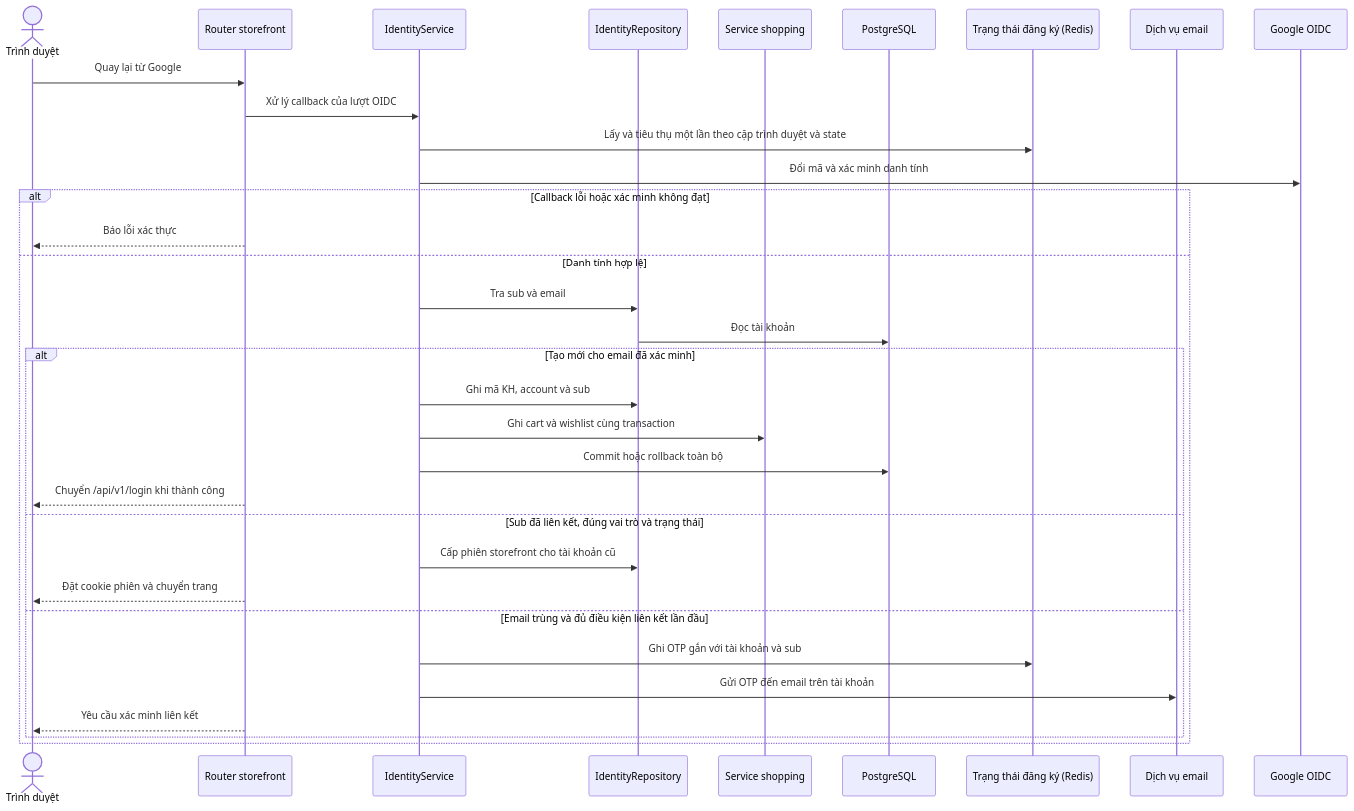
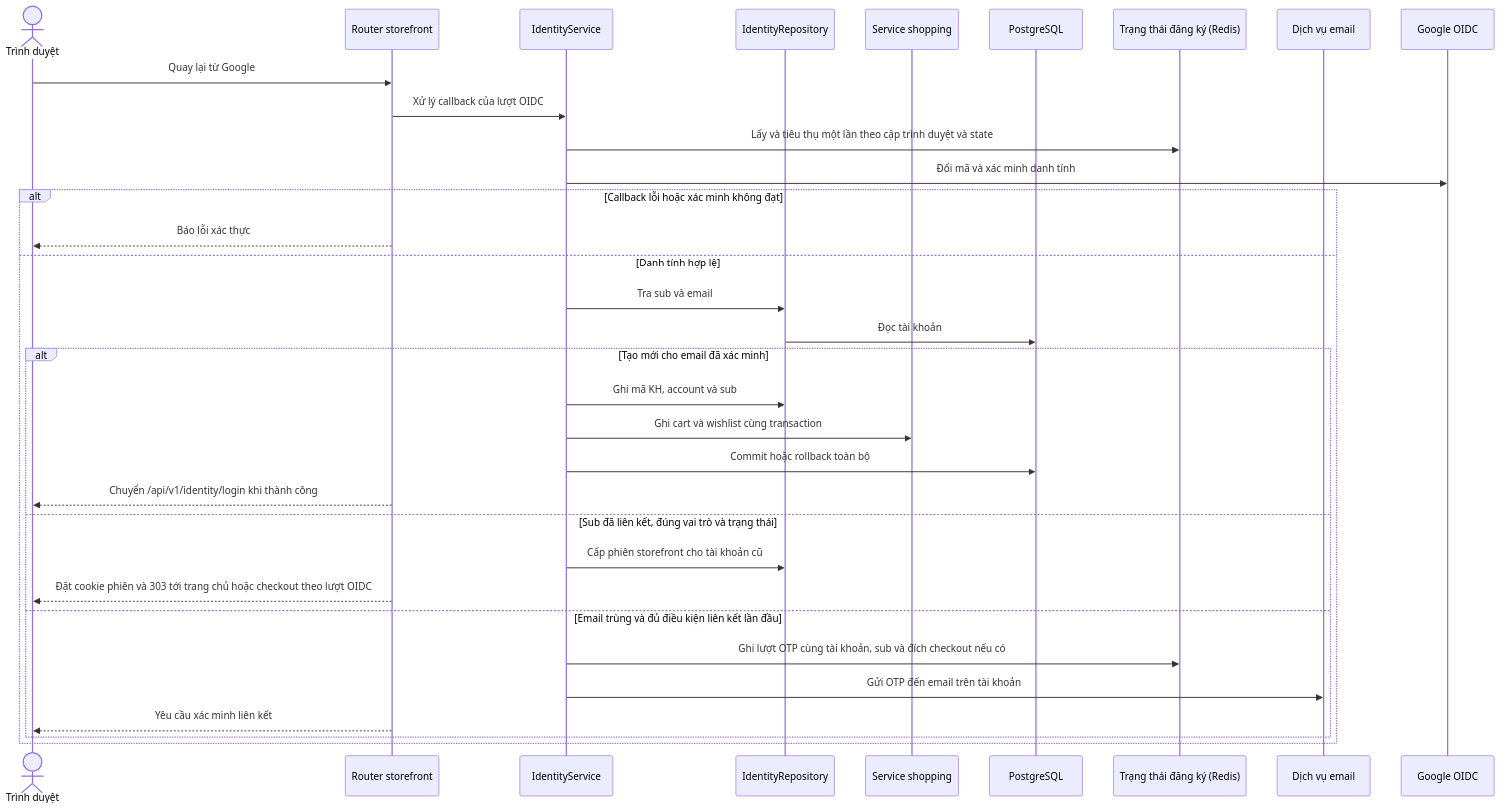
One commit to thanhklt/sobie-swimwear-e-commerce changed the diagram in docs/sequence/identity/get-register-google-callback.md. Above: the diagram before and after it, drawn with Mermaid. The commit also changed other lines of this file and 72 other files, not shown here.

````diff
--- a/docs/sequence/identity/get-register-google-callback.md
+++ b/docs/sequence/identity/get-register-google-callback.md
@@ -5,35 +5,35 @@
 ```mermaid
 sequenceDiagram
     actor Browser as Trình duyệt
     participant Route as Router storefront
     participant Service as IdentityService
     participant Repo as IdentityRepository
     participant Shopping as Service shopping
     participant DB as PostgreSQL
     participant Redis as Trạng thái đăng ký (Redis)
     participant Mail as Dịch vụ email
     participant Google as Google OIDC
     Browser->>Route: Quay lại từ Google
     Route->>Service: Xử lý callback của lượt OIDC
     Service->>Redis: Lấy và tiêu thụ một lần theo cặp trình duyệt và state
     Service->>Google: Đổi mã và xác minh danh tính
     alt Callback lỗi hoặc xác minh không đạt
         Route-->>Browser: Báo lỗi xác thực
     else Danh tính hợp lệ
         Service->>Repo: Tra sub và email
         Repo->>DB: Đọc tài khoản
         alt Tạo mới cho email đã xác minh
             Service->>Repo: Ghi mã KH, account và sub
             Service->>Shopping: Ghi cart và wishlist cùng transaction
             Service->>DB: Commit hoặc rollback toàn bộ
-            Route-->>Browser: Chuyển /api/v1/login khi thành công
+            Route-->>Browser: Chuyển /api/v1/identity/login khi thành công
         else Sub đã liên kết, đúng vai trò và trạng thái
             Service->>Repo: Cấp phiên storefront cho tài khoản cũ
-            Route-->>Browser: Đặt cookie phiên và chuyển trang
+            Route-->>Browser: Đặt cookie phiên và 303 tới trang chủ hoặc checkout theo lượt OIDC
         else Email trùng và đủ điều kiện liên kết lần đầu
-            Service->>Redis: Ghi OTP gắn với tài khoản và sub
+            Service->>Redis: Ghi lượt OTP cùng tài khoản, sub và đích checkout nếu có
             Service->>Mail: Gửi OTP đến email trên tài khoản
             Route-->>Browser: Yêu cầu xác minh liên kết
         end
     end
 ```
````
